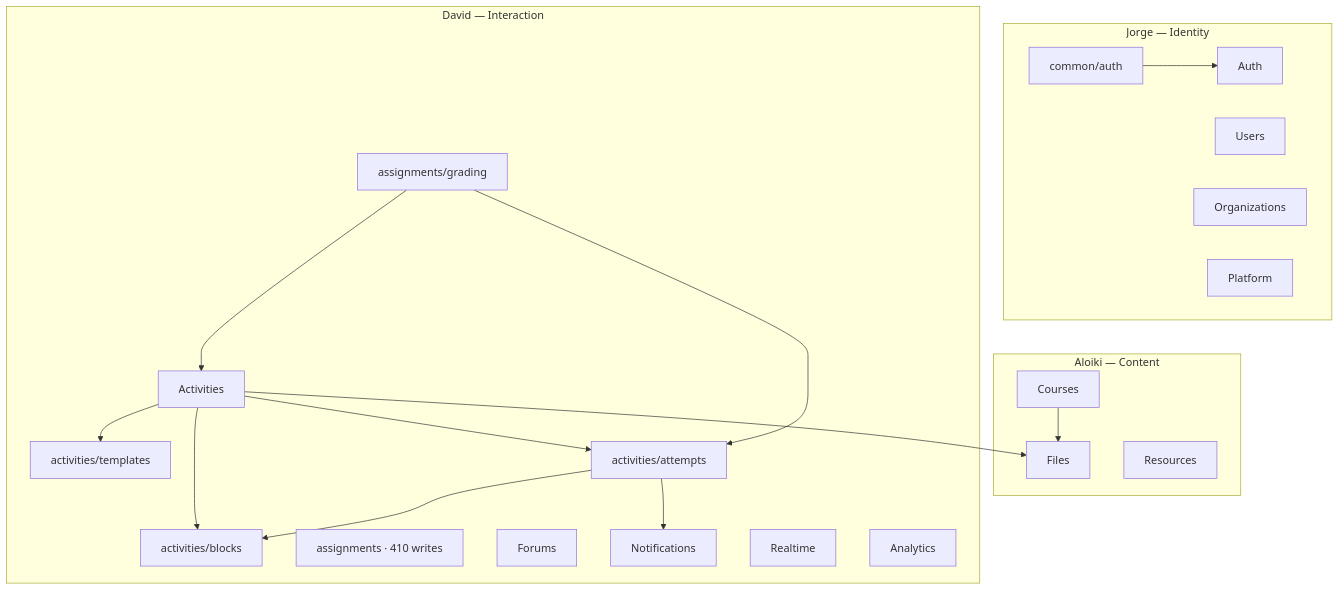
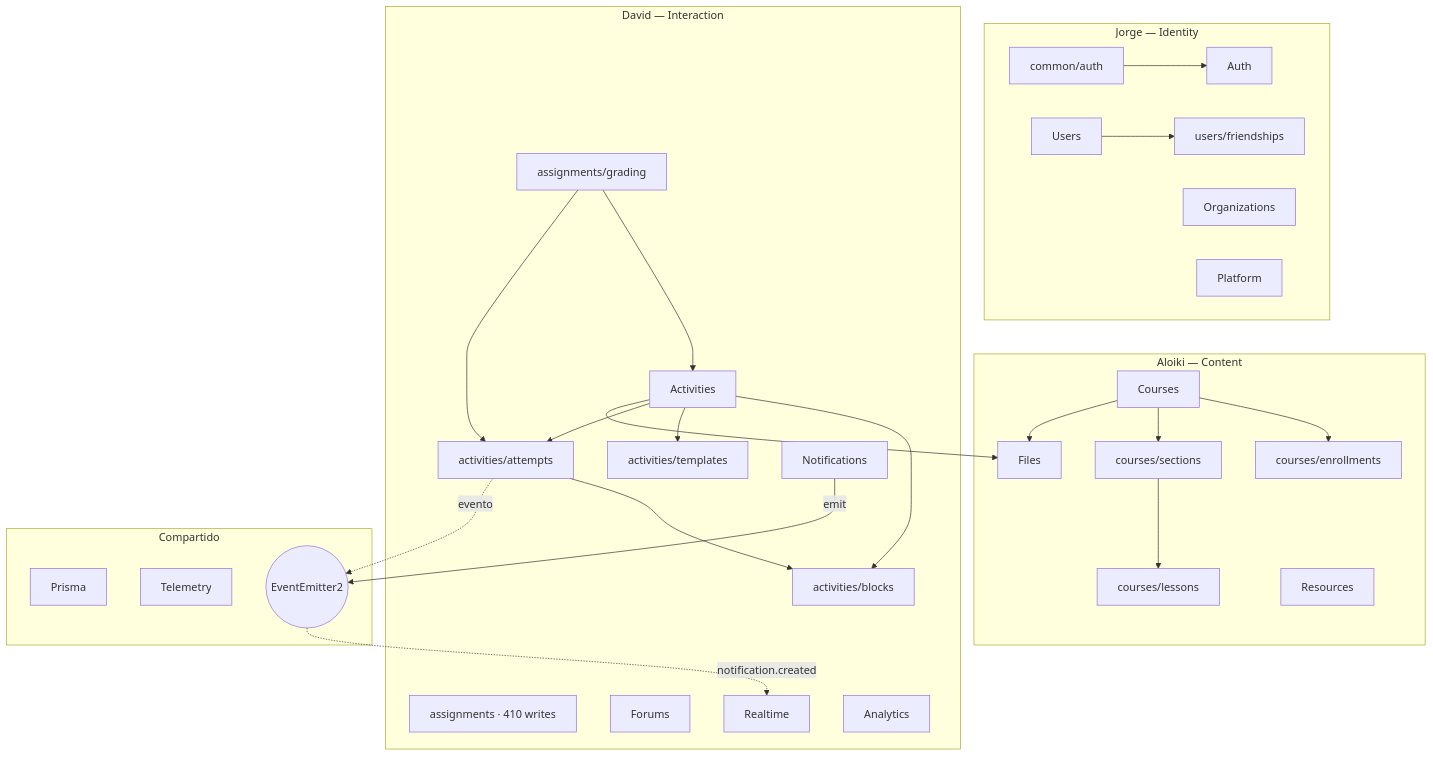
The fifth of 12 diagrams in docs/diagrams.md (Klass42/ft_trascendence), drawn with Mermaid before and after one commit. The commit also changed other lines of this file and 3 other files, not shown here.

Commit message:
docs: update diagrams (ER org/library/auth, Nest modules, auth flow), README modules and AGENTS points

````diff
--- a/docs/diagrams.md
+++ b/docs/diagrams.md
@@ -256,40 +323,56 @@
 ```mermaid
 flowchart TB
   subgraph jorge["Jorge — Identity"]
     Auth
     Users
+    Friendships["users/friendships"]
     Organizations
     Platform
     CommonAuth["common/auth"]
   end
 
   subgraph aloiki["Aloiki — Content"]
     Courses
+    Enrollments["courses/enrollments"]
+    Sections["courses/sections"]
+    Lessons["courses/lessons"]
     Files
     Resources
   end
 
   subgraph david["David — Interaction"]
     Activities
     Templates["activities/templates"]
     Attempts["activities/attempts"]
     Blocks["activities/blocks"]
     Assignments["assignments · 410 writes"]
     Grading["assignments/grading"]
     Forums
     Notifications
     Realtime
     Analytics
   end
 
+  subgraph shared["Compartido"]
+    Prisma
+    Telemetry
+    Bus(("EventEmitter2"))
+  end
+
   CommonAuth --> Auth
   Activities --> Blocks
   Activities --> Templates
   Activities --> Attempts
   Attempts --> Blocks
-  Attempts --> Notifications
+  Attempts -. "evento" .-> Bus
+  Notifications -- "emit" --> Bus
+  Bus -. "notification.created" .-> Realtime
+  Users --> Friendships
+  Courses --> Enrollments
+  Courses --> Sections
+  Sections --> Lessons
   Grading --> Activities
   Grading --> Attempts
   Courses --> Files
   Activities --> Files
 ```
````
